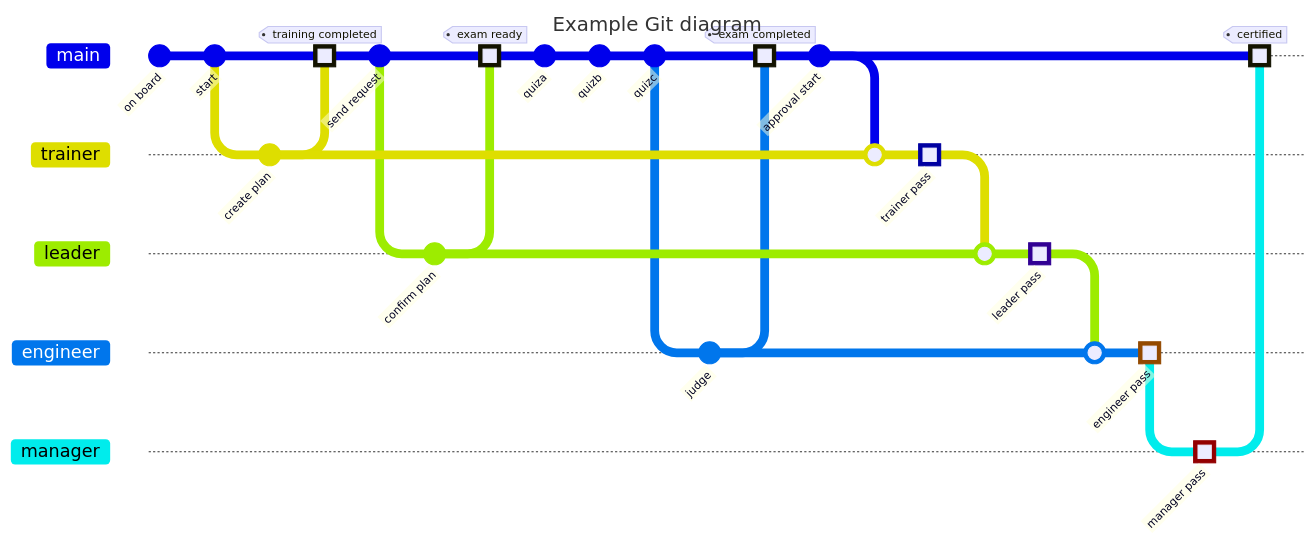
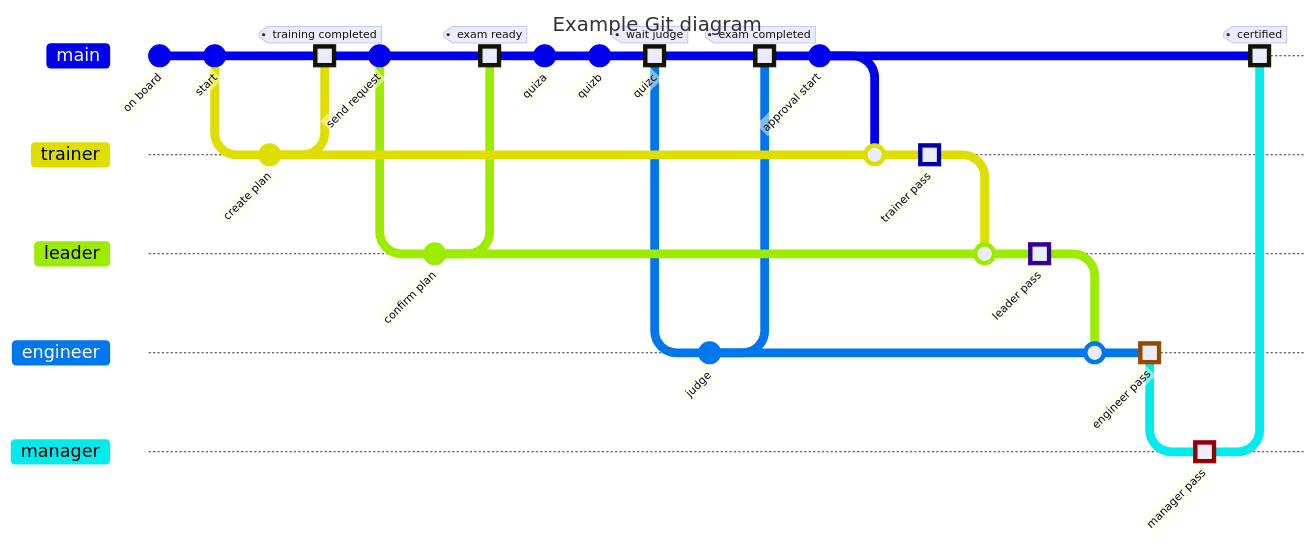
Before and after one commit to jscode1972/Backup2023: the diagram in gitGraph.md, drawn with Mermaid.

````diff
--- a/gitGraph.md
+++ b/gitGraph.md
@@ -1,42 +1,42 @@
 ```mermaid
 ---
 title: Example Git diagram
 ---
 gitGraph
    commit id: "on board"
    commit id: "start"
    branch trainer
    checkout trainer
    commit id: "create plan"
    checkout main
    merge trainer tag: "training completed" type: HIGHLIGHT
    commit id: "send request"
    branch leader
    checkout leader
    commit id: "confirm plan"
    checkout main
    merge leader tag: "exam ready" type: HIGHLIGHT
    commit id: "quiza"
    commit id: "quizb"
-   commit id: "quizc"
+   commit id: "quizc" tag: "wait judge" type: HIGHLIGHT
    branch engineer
    checkout engineer
    commit id: "judge"
    checkout main
    merge engineer tag: "exam completed" type: HIGHLIGHT
    commit id: "approval start"
    checkout trainer
    merge main
    commit id: "trainer pass" type: HIGHLIGHT
    checkout leader
    merge trainer
    commit id: "leader pass" type: HIGHLIGHT
    checkout engineer
    merge leader
    commit id: "engineer pass" type: HIGHLIGHT
    branch manager
    checkout manager
    commit id: "manager pass" type: HIGHLIGHT
    checkout main
    merge manager tag: "certified" type: HIGHLIGHT
 ```
````
